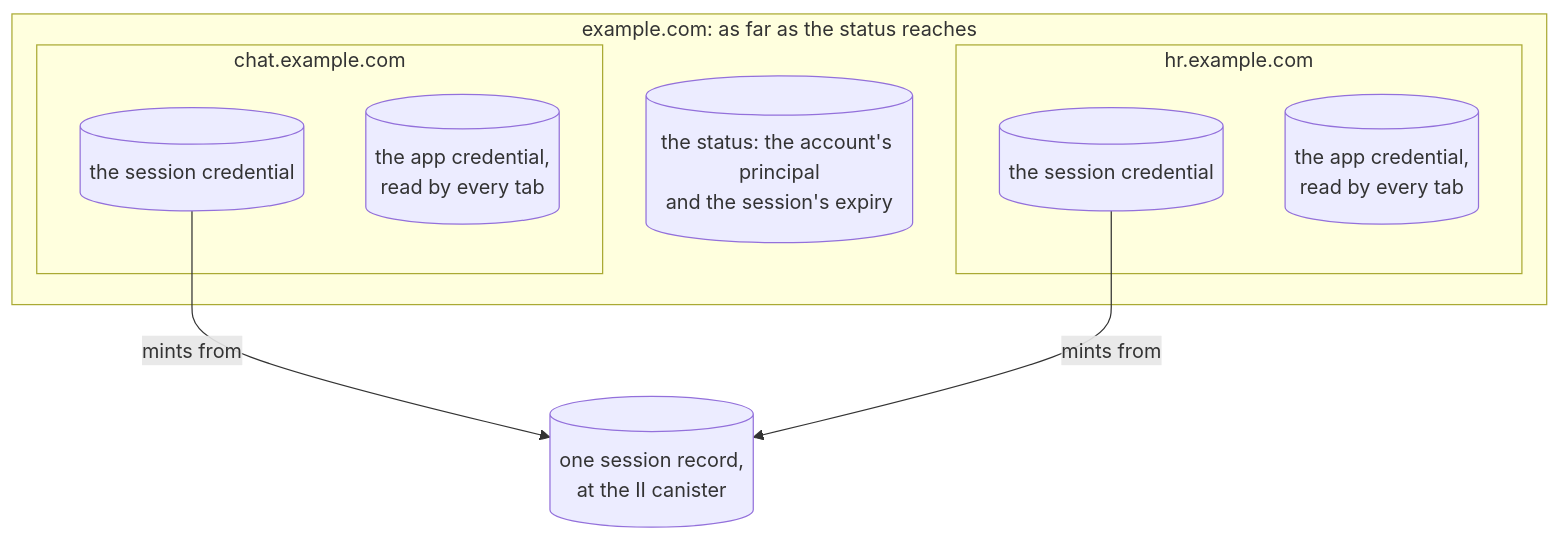
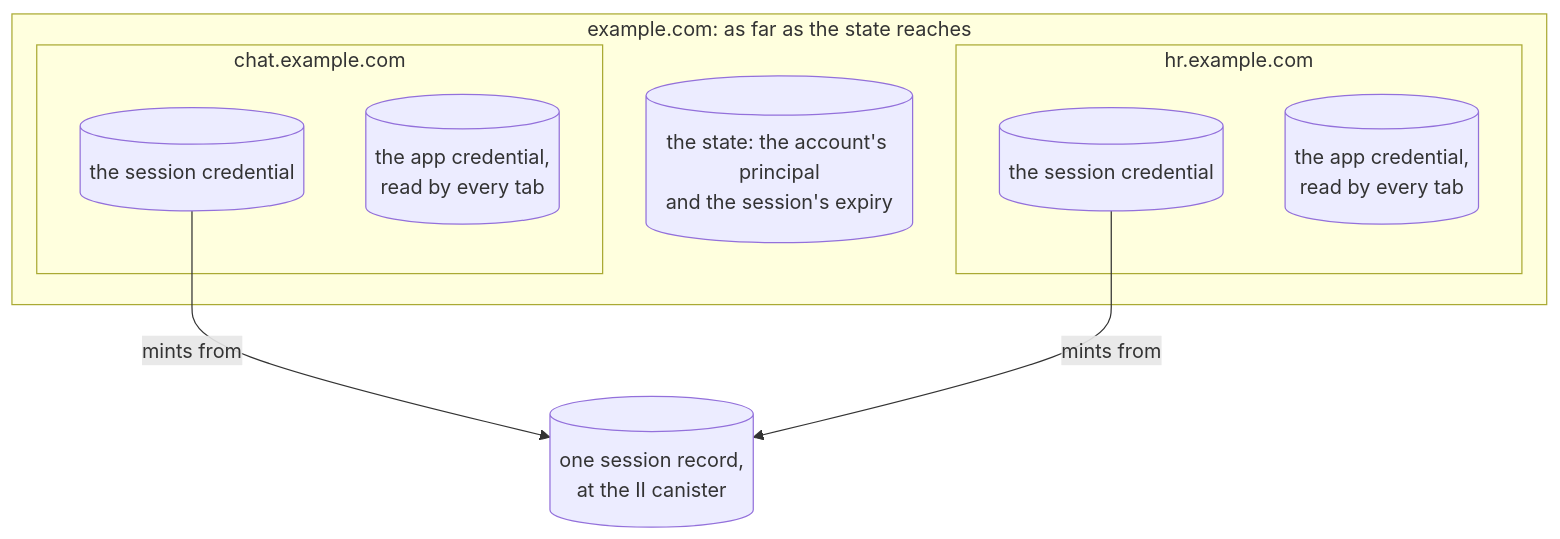
Before and after one commit to dfinity/internet-identity: the second of 5 diagrams in docs/ongoing/client-app-sessions.md, drawn with Mermaid. The commit also changed other lines of this file and 1 other file, not shown here.

Commit message:
docs: name the record what it is — the state, not a status

````diff
--- a/docs/ongoing/client-app-sessions.md
+++ b/docs/ongoing/client-app-sessions.md
@@ -170,17 +170,17 @@
 ```mermaid
 flowchart TB
-    subgraph D["example.com: as far as the status reaches"]
-        H[("the status: the account's principal<br/>and the session's expiry")]
+    subgraph D["example.com: as far as the state reaches"]
+        H[("the state: the account's principal<br/>and the session's expiry")]
         subgraph O1["chat.example.com"]
             L1[("the session credential")]
             B1[("the app credential,<br/>read by every tab")]
         end
         subgraph O2["hr.example.com"]
             L2[("the session credential")]
             B2[("the app credential,<br/>read by every tab")]
         end
     end
     L1 -->|mints from| S
     L2 -->|mints from| S
     S[("one session record,<br/>at the II canister")]
 ```
````
